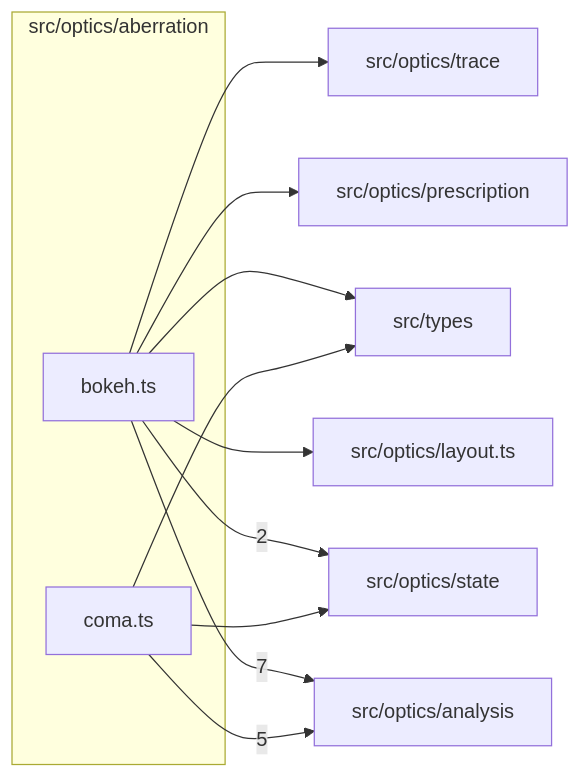
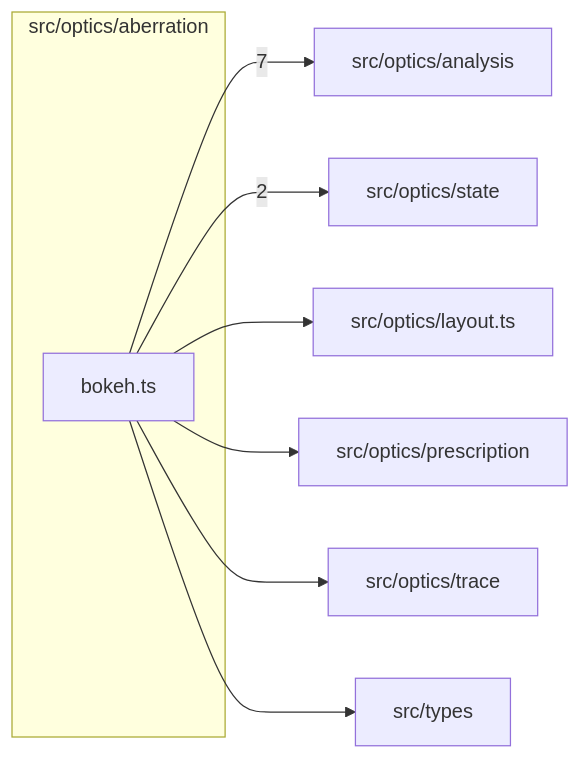
The diagram in src/optics/aberration/readme.md (ronbuening/LensVisualizer), drawn with Mermaid before and after one commit. The commit also changed other lines of this file and 30 other files, not shown here.

Commit message:
S7.P2.T4 Coma: meridional, sagittal and previews on AnalysisRequest

````diff
--- a/src/optics/aberration/readme.md
+++ b/src/optics/aberration/readme.md
@@ -9,22 +9,18 @@
 ```mermaid
 flowchart LR
   subgraph n_src_optics_aberration["src/optics/aberration"]
     n_src_optics_aberration_src_optics_aberration_bokeh_ts["bokeh.ts"]
-    n_src_optics_aberration_src_optics_aberration_coma_ts["coma.ts"]
   end
   n_external_src_optics_analysis["src/optics/analysis"]
   n_external_src_optics_state["src/optics/state"]
   n_external_src_optics_layout_ts["src/optics/layout.ts"]
   n_external_src_optics_prescription["src/optics/prescription"]
   n_external_src_optics_trace["src/optics/trace"]
   n_external_src_types["src/types"]
   n_src_optics_aberration_src_optics_aberration_bokeh_ts --> |7| n_external_src_optics_analysis
-  n_src_optics_aberration_src_optics_aberration_coma_ts --> |5| n_external_src_optics_analysis
   n_src_optics_aberration_src_optics_aberration_bokeh_ts --> |2| n_external_src_optics_state
   n_src_optics_aberration_src_optics_aberration_bokeh_ts --> n_external_src_optics_layout_ts
   n_src_optics_aberration_src_optics_aberration_bokeh_ts --> n_external_src_optics_prescription
-  n_src_optics_aberration_src_optics_aberration_coma_ts --> n_external_src_optics_state
   n_src_optics_aberration_src_optics_aberration_bokeh_ts --> n_external_src_optics_trace
   n_src_optics_aberration_src_optics_aberration_bokeh_ts --> n_external_src_types
-  n_src_optics_aberration_src_optics_aberration_coma_ts --> n_external_src_types
 ```
````
